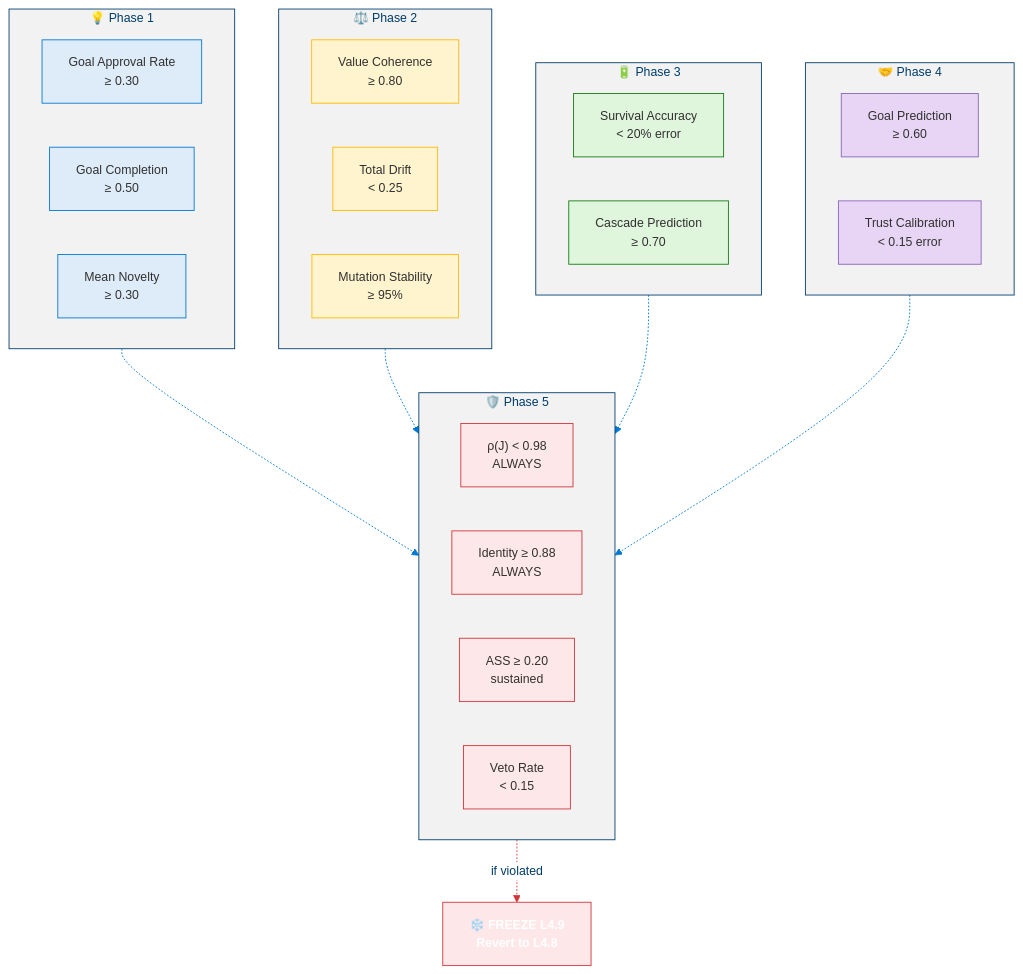
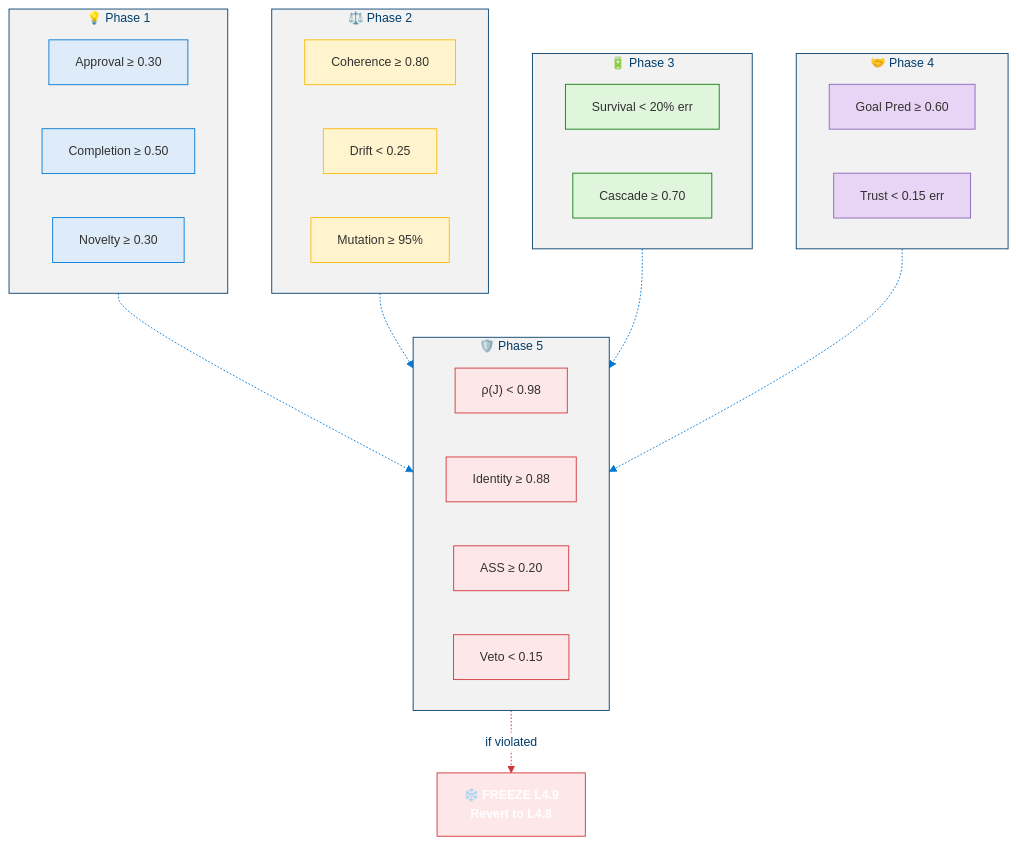
One commit to dotnetpower/mscp changed the third of 19 diagrams in docs/levels/Level_4_9_Autonomous_Strategic_Agent.md. Above: the diagram before and after it, drawn with Mermaid. The commit also changed other lines of this file and 10 other files, not shown here.

````diff
--- a/docs/levels/Level_4_9_Autonomous_Strategic_Agent.md
+++ b/docs/levels/Level_4_9_Autonomous_Strategic_Agent.md
@@ -169,49 +169,54 @@
 ```mermaid
 %%{init: {'theme': 'base', 'themeVariables': {'primaryColor': '#0078D4', 'primaryTextColor': '#003D6B', 'primaryBorderColor': '#003D6B', 'secondaryColor': '#50E6FF', 'secondaryTextColor': '#323130', 'secondaryBorderColor': '#00BCF2', 'tertiaryColor': '#F2F2F2', 'tertiaryTextColor': '#323130', 'lineColor': '#0078D4', 'textColor': '#323130', 'mainBkg': '#DEECF9', 'nodeBorder': '#0078D4', 'clusterBkg': '#F2F2F2', 'clusterBorder': '#003D6B', 'titleColor': '#003D6B', 'edgeLabelBackground': '#FFFFFF', 'fontSize': '14px'}}}%%
 flowchart TD
   classDef p1 fill:#DEECF9,stroke:#0078D4,color:#323130
   classDef p2 fill:#FFF4CE,stroke:#FFB900,color:#323130
   classDef p3 fill:#DFF6DD,stroke:#107C10,color:#323130
   classDef p4 fill:#E8D5F5,stroke:#8764B8,color:#323130
   classDef p5 fill:#FDE7E9,stroke:#D13438,color:#323130
   classDef freeze fill:#FDE7E9,stroke:#D13438,color:#FFFFFF,font-weight:bold
 
   subgraph GoalGen["💡 Phase 1"]
-    GEN1["Goal Approval Rate<br/>≥ 0.30"]:::p1
-    GEN2["Goal Completion<br/>≥ 0.50"]:::p1
-    GEN3["Mean Novelty<br/>≥ 0.30"]:::p1
+    direction LR
+    GEN1["Approval ≥ 0.30"]:::p1
+    GEN2["Completion ≥ 0.50"]:::p1
+    GEN3["Novelty ≥ 0.30"]:::p1
   end
 
   subgraph Values["⚖️ Phase 2"]
-    VAL1["Value Coherence<br/>≥ 0.80"]:::p2
-    VAL2["Total Drift<br/>< 0.25"]:::p2
-    VAL3["Mutation Stability<br/>≥ 95%"]:::p2
+    direction LR
+    VAL1["Coherence ≥ 0.80"]:::p2
+    VAL2["Drift < 0.25"]:::p2
+    VAL3["Mutation ≥ 95%"]:::p2
   end
 
   subgraph Resources["🔋 Phase 3"]
-    RES1["Survival Accuracy<br/>< 20% error"]:::p3
-    RES2["Cascade Prediction<br/>≥ 0.70"]:::p3
+    direction LR
+    RES1["Survival < 20% err"]:::p3
+    RES2["Cascade ≥ 0.70"]:::p3
   end
 
   subgraph Agents["🤝 Phase 4"]
-    AGT1["Goal Prediction<br/>≥ 0.60"]:::p4
-    AGT2["Trust Calibration<br/>< 0.15 error"]:::p4
+    direction LR
+    AGT1["Goal Pred ≥ 0.60"]:::p4
+    AGT2["Trust < 0.15 err"]:::p4
   end
 
   subgraph Stability["🛡️ Phase 5"]
-    STB1["ρ(J) < 0.98<br/>ALWAYS"]:::p5
-    STB2["Identity ≥ 0.88<br/>ALWAYS"]:::p5
-    STB3["ASS ≥ 0.20<br/>sustained"]:::p5
-    STB4["Veto Rate<br/>< 0.15"]:::p5
+    direction LR
+    STB1["ρ(J) < 0.98"]:::p5
+    STB2["Identity ≥ 0.88"]:::p5
+    STB3["ASS ≥ 0.20"]:::p5
+    STB4["Veto < 0.15"]:::p5
   end
 
   FREEZE["❄️ FREEZE L4.9<br/>Revert to L4.8"]:::freeze
 
   GoalGen -.-> Stability
   Values -.-> Stability
   Resources -.-> Stability
   Agents -.-> Stability
   Stability -.->|"if violated"| FREEZE
 
   linkStyle 4 stroke:#D13438
 ```
````
